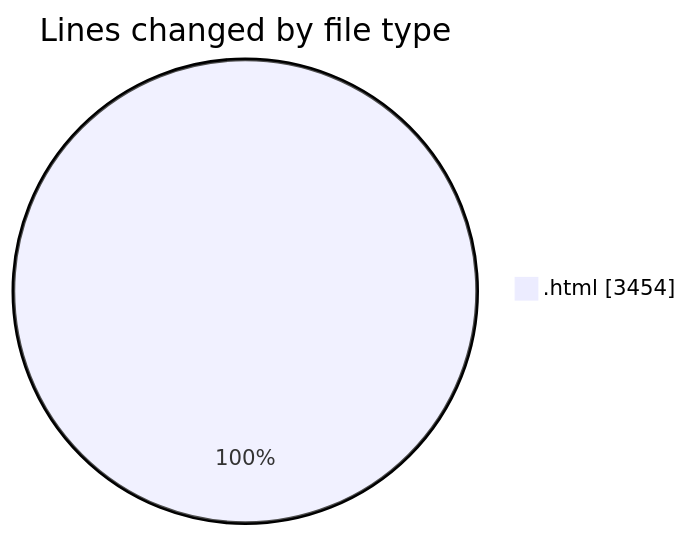
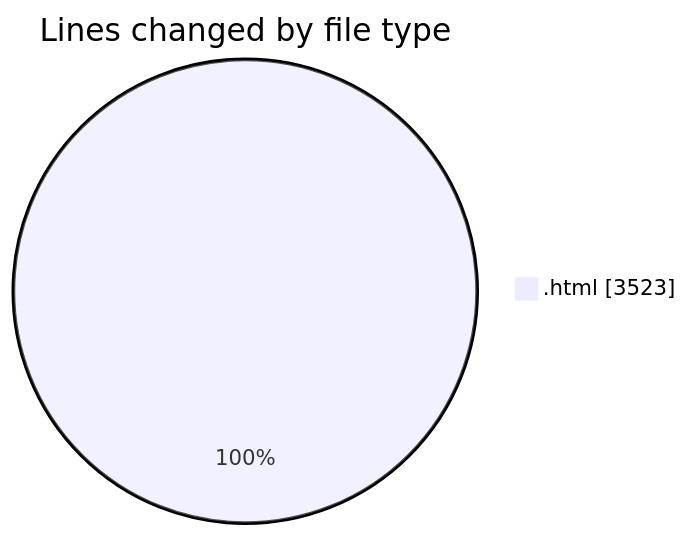
The first of 2 diagrams in 2025-08-10/nxtqube_webapp/README.md (nxtqubesakshisongat/code-tracking), drawn with Mermaid before and after one commit. The commit also changed other lines of this file and 1 other file, not shown here.

````diff
--- a/2025-08-10/nxtqube_webapp/README.md
+++ b/2025-08-10/nxtqube_webapp/README.md
@@ -21,5 +21,5 @@
 ```mermaid
 pie showData
 title Lines changed by file type
-".html" : 3454
+".html" : 3523
 ```
````
